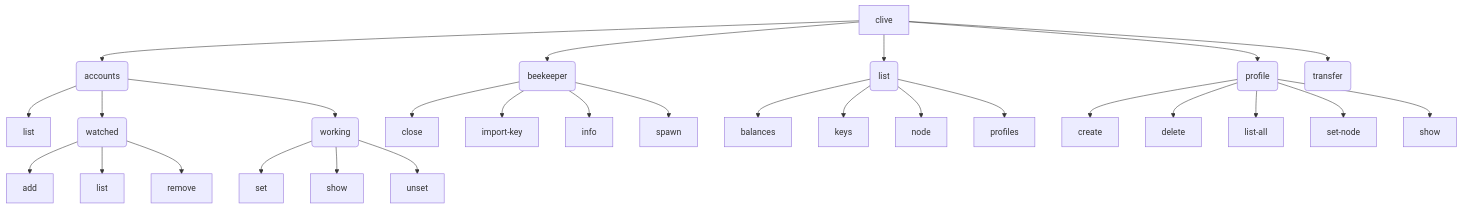
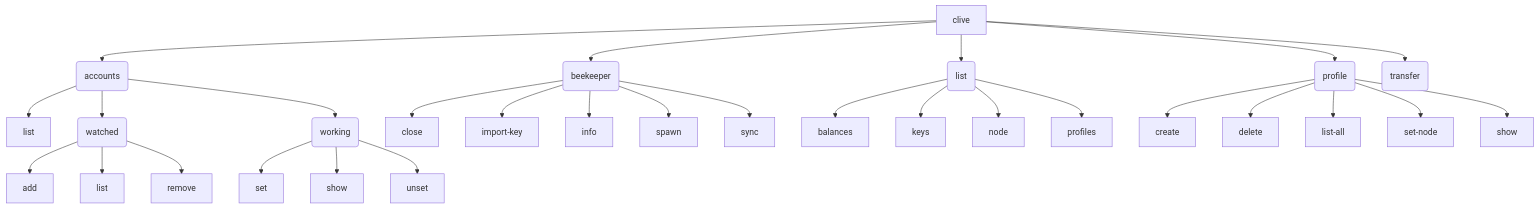
The diagram in clive/__private/cli/commands_structure.md (openhive-network/clive), drawn with Mermaid before and after one commit. The commit also changed 2 other files, not shown here.

Commit message:
Add `clive beekeeper sync` command
This command is required in such a flow:

- <profile craeted, working account is set, otherwise import-key will fail>
- clive beekeeper import-key
- clive accounts working unset
- <clive will lost info about associated public keys>
- clive account working set
- clive list keys
- <no keys>
- clive beekeeper sync
- clive list keys
- <keys imported from beekeeper - aliases are public keys>

````diff
--- a/clive/__private/cli/commands_structure.md
+++ b/clive/__private/cli/commands_structure.md
@@ -16,30 +16,31 @@
 ```mermaid
 flowchart TD
     Clive[clive] --> Accounts(accounts)
     Accounts --> AccountsList[list]
     Accounts --> AccountsWatched(watched)
     Accounts --> AccountsWorking(working)
     AccountsWatched --> AccountsWatchedAdd[add]
     AccountsWatched --> AccountsWatchedList[list]
     AccountsWatched --> AccountsWatchedRemove[remove]
     AccountsWorking --> AccountsWorkingSet[set]
     AccountsWorking --> AccountsWorkingShow[show]
     AccountsWorking --> AccountsWorkingUnset[unset]
     Clive --> Beekeeper(beekeeper)
     Beekeeper --> BeekeeperClose[close]
     Beekeeper --> BeekeeperImportKey[import-key]
     Beekeeper --> BeekeeperInfo[info]
     Beekeeper --> BeekeeperSpawn[spawn]
+    Beekeeper --> BeekeeperSync[sync]
     Clive --> List(list)
     List --> ListBalances[balances]
     List --> ListKeys[keys]
     List --> ListNode[node]
     List --> ListProfiles[profiles]
     Clive --> Profile(profile)
     Profile --> ProfileCreate[create]
     Profile --> ProfileDelete[delete]
     Profile --> ProfileListAll[list-all]
     Profile --> ProfileSetNode[set-node]
     Profile --> ProfileShow[show]
     Clive --> Transfer(transfer)
 ```
````
